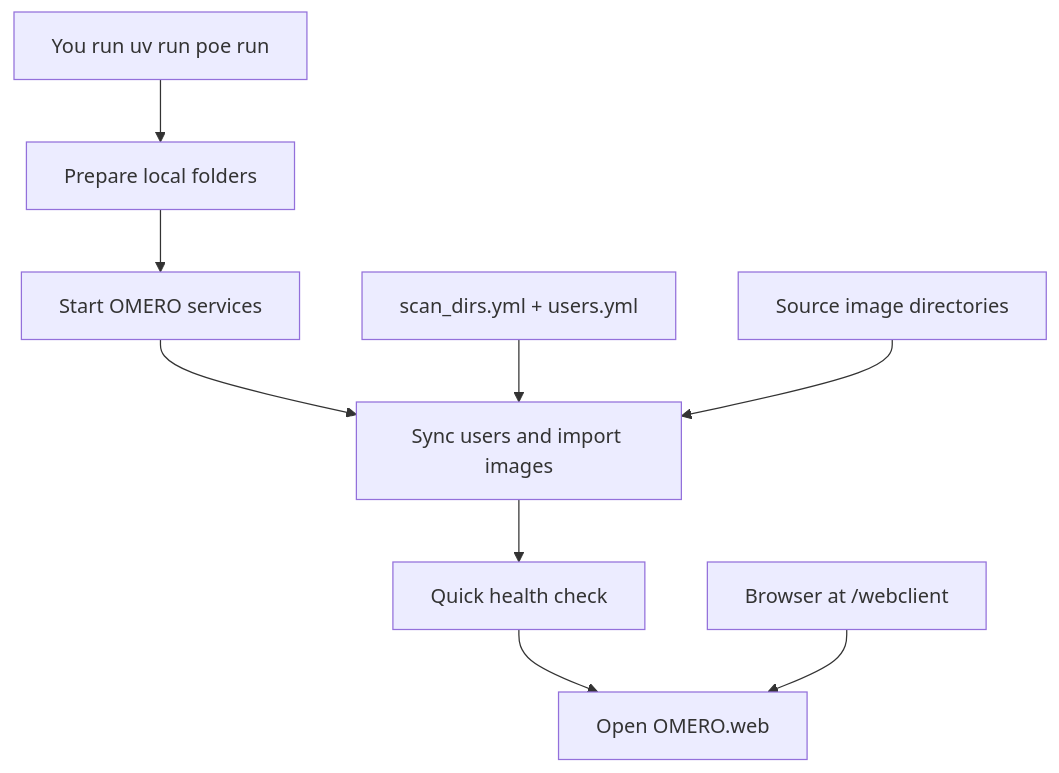
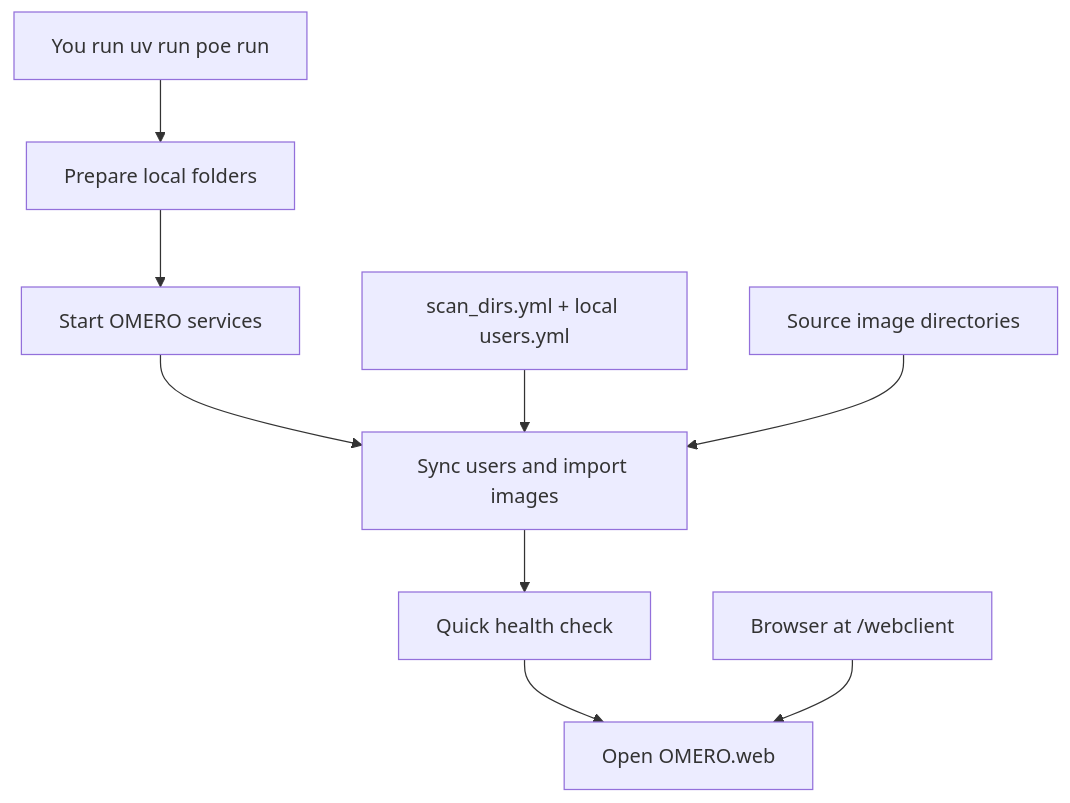
Before and after one commit to WayScience/habomero: the diagram in README.md, drawn with Mermaid. The commit also changed other lines of this file and 12 other files, not shown here.

````diff
--- a/README.md
+++ b/README.md
@@ -15,12 +15,12 @@
 ```mermaid
 flowchart TD
     A[You run uv run poe run] --> B[Prepare local folders]
     B --> C[Start OMERO services]
     C --> D[Sync users and import images]
     D --> E[Quick health check]
     E --> F[Open OMERO.web]
 
-    G[scan_dirs.yml + users.yml] --> D
+    G[scan_dirs.yml + local users.yml] --> D
     H[Source image directories] --> D
     I[Browser at /webclient] --> F
 ```
````
